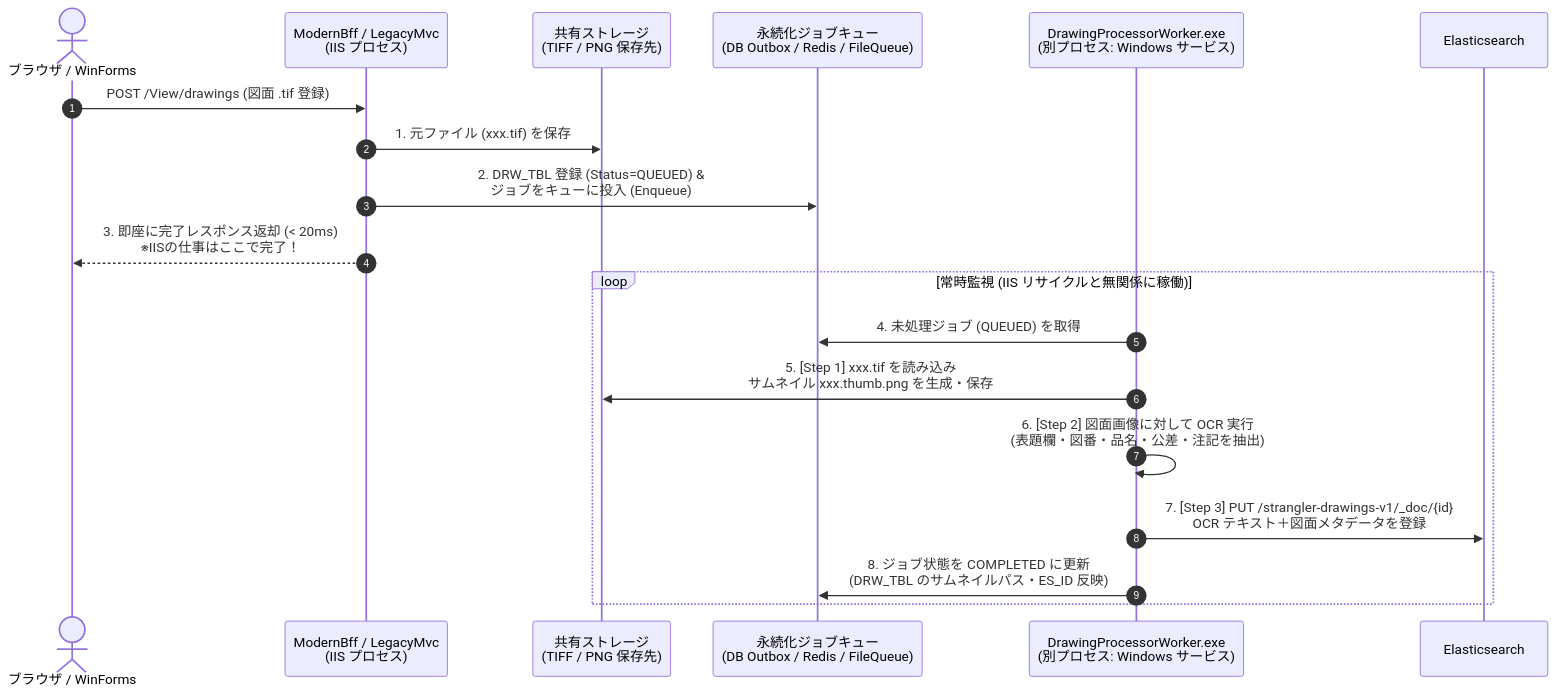
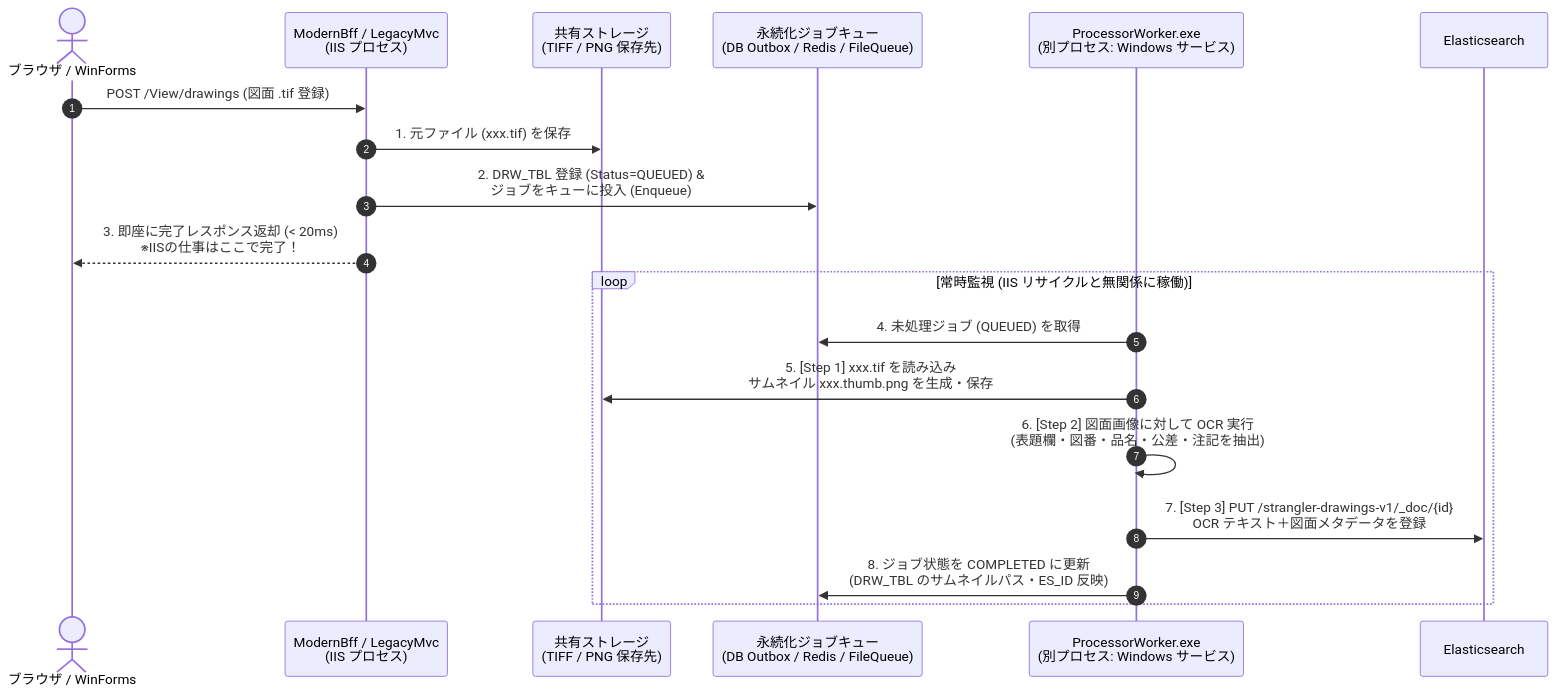
One commit to LideruBcgDev/StranglerFigMigration changed the diagram in DRAWING_OCR_WORKER_ARCHITECTURE.md. Above: the diagram before and after it, drawn with Mermaid. The commit also changed other lines of this file and 7 other files, not shown here.

Commit message:
DrawingProcessorWorker→ProcessorWorker

````diff
--- a/DRAWING_OCR_WORKER_ARCHITECTURE.md
+++ b/DRAWING_OCR_WORKER_ARCHITECTURE.md
@@ -27,23 +27,23 @@
 ```mermaid
 sequenceDiagram
     autonumber
     actor User as ブラウザ / WinForms
     participant Web as ModernBff / LegacyMvc<br/>(IIS プロセス)
     participant Storage as 共有ストレージ<br/>(TIFF / PNG 保存先)
     participant Queue as 永続化ジョブキュー<br/>(DB Outbox / Redis / FileQueue)
-    participant Worker as DrawingProcessorWorker.exe<br/>(別プロセス: Windows サービス)
+    participant Worker as ProcessorWorker.exe<br/>(別プロセス: Windows サービス)
     participant ES as Elasticsearch
 
     User->>Web: POST /View/drawings (図面 .tif 登録)
     Web->>Storage: 1. 元ファイル (xxx.tif) を保存
     Web->>Queue: 2. DRW_TBL 登録 (Status=QUEUED) &<br/>ジョブをキューに投入 (Enqueue)
     Web-->>User: 3. 即座に完了レスポンス返却 (< 20ms)<br/>※IISの仕事はここで完了！
 
     loop 常時監視 (IIS リサイクルと無関係に稼働)
         Worker->>Queue: 4. 未処理ジョブ (QUEUED) を取得
         Worker->>Storage: 5. [Step 1] xxx.tif を読み込み<br/>サムネイル xxx.thumb.png を生成・保存
         Worker->>Worker: 6. [Step 2] 図面画像に対して OCR 実行<br/>(表題欄・図番・品名・公差・注記を抽出)
         Worker->>ES: 7. [Step 3] PUT /strangler-drawings-v1/_doc/{id}<br/>OCR テキスト＋図面メタデータを登録
         Worker->>Queue: 8. ジョブ状態を COMPLETED に更新<br/>(DRW_TBL のサムネイルパス・ES_ID 反映)
     end
 ```
````
